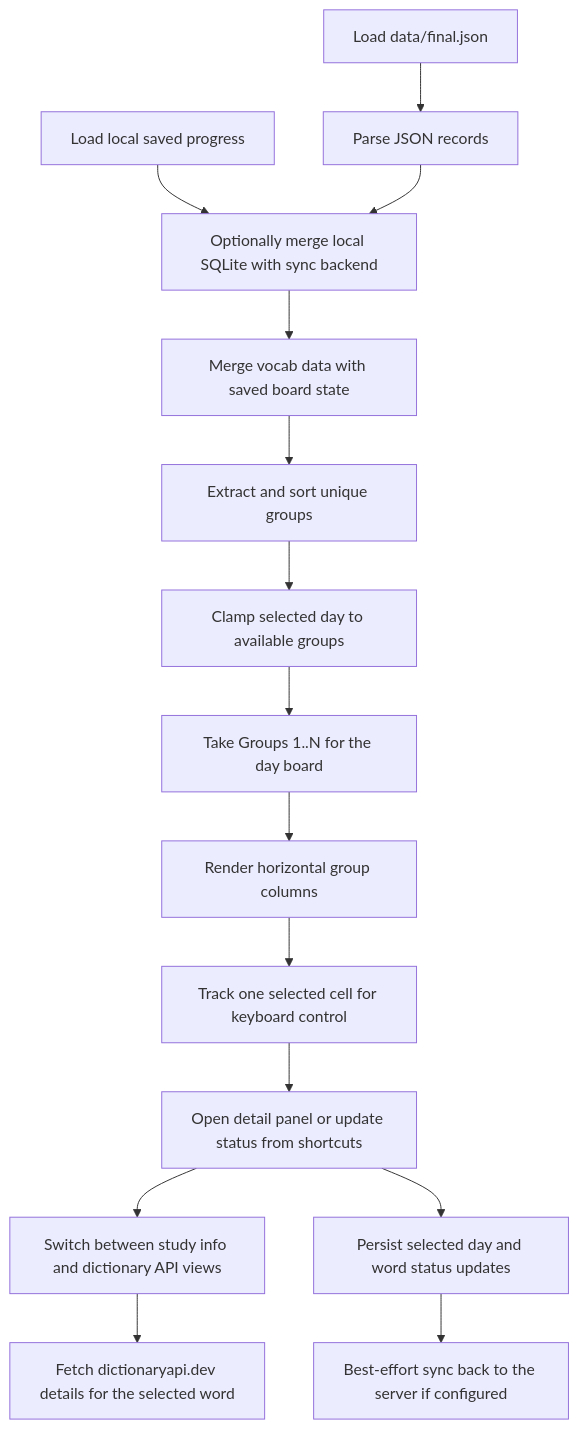
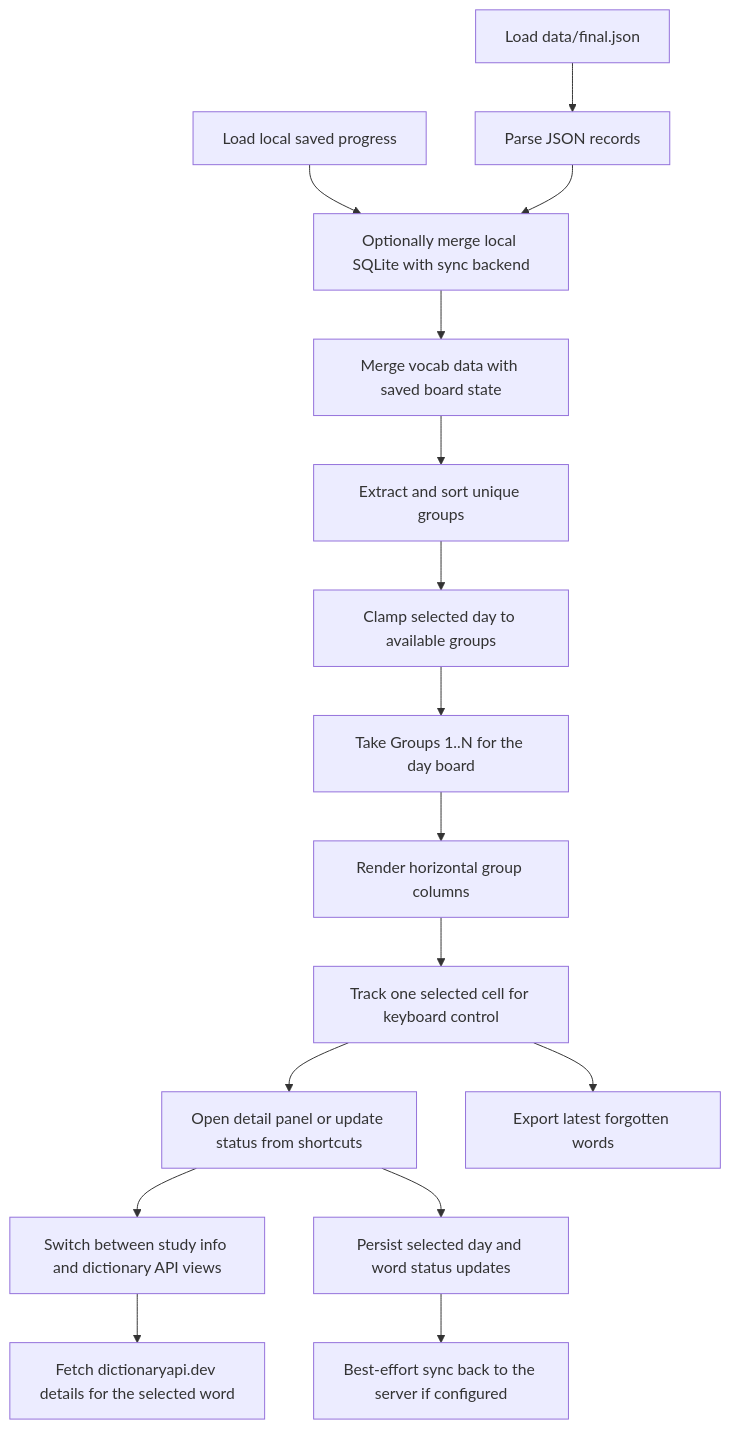
The diagram in docs/4-algorithms/README.md (desertSniper87/vocab-hill), drawn with Mermaid before and after one commit. The commit also changed other lines of this file and 5 other files, not shown here.

Commit message:
[last forgotten word]

````diff
--- a/docs/4-algorithms/README.md
+++ b/docs/4-algorithms/README.md
@@ -7,17 +7,18 @@
 ```mermaid
 flowchart TD
     A["Load data/final.json"] --> B["Parse JSON records"]
     P["Load local saved progress"] --> C["Optionally merge local SQLite with sync backend"]
     C --> D["Merge vocab data with saved board state"]
     B --> C
     D --> E["Extract and sort unique groups"]
     E --> F["Clamp selected day to available groups"]
     F --> G["Take Groups 1..N for the day board"]
     G --> H["Render horizontal group columns"]
     H --> I["Track one selected cell for keyboard control"]
     I --> J["Open detail panel or update status from shortcuts"]
-    J --> K["Switch between study info and dictionary API views"]
-    K --> L["Fetch dictionaryapi.dev details for the selected word"]
-    J --> M["Persist selected day and word status updates"]
-    M --> N["Best-effort sync back to the server if configured"]
+    I --> K["Export latest forgotten words"]
+    J --> L["Switch between study info and dictionary API views"]
+    L --> M["Fetch dictionaryapi.dev details for the selected word"]
+    J --> N["Persist selected day and word status updates"]
+    N --> O["Best-effort sync back to the server if configured"]
 ```
````
